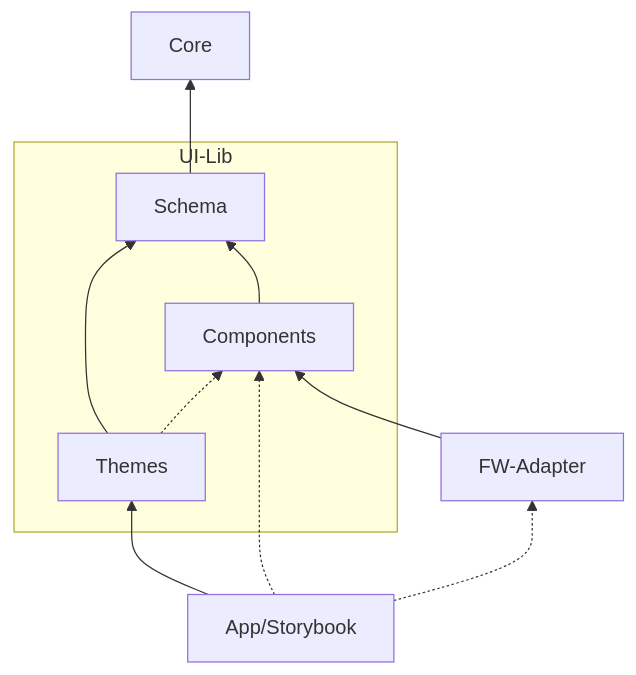
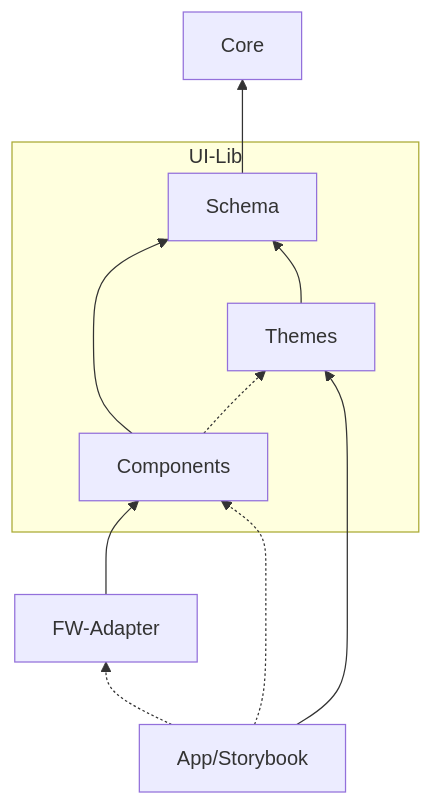
Before and after one commit to public-ui/public-ui.github.io: the first of 3 diagrams in dev/docs/20-concepts/01-architecture.md, drawn with Mermaid. The commit also changed other lines of this file and 1 other file, not shown here.

````diff
--- a/dev/docs/20-concepts/01-architecture.md
+++ b/dev/docs/20-concepts/01-architecture.md
@@ -52,13 +56,13 @@
 ```mermaid
   flowchart BT
     subgraph UI-Lib
-      Themes .-> Components
+      Components --> Schema
+      Components .-> Themes
       Themes --> Schema
-      Components --> Schema
     end
     Schema --> Core
+    FW-Adapter --> Components
     App/Storybook .-> Components
     App/Storybook .-> FW-Adapter
     App/Storybook --> Themes
-    FW-Adapter --> Components
 ```
````
